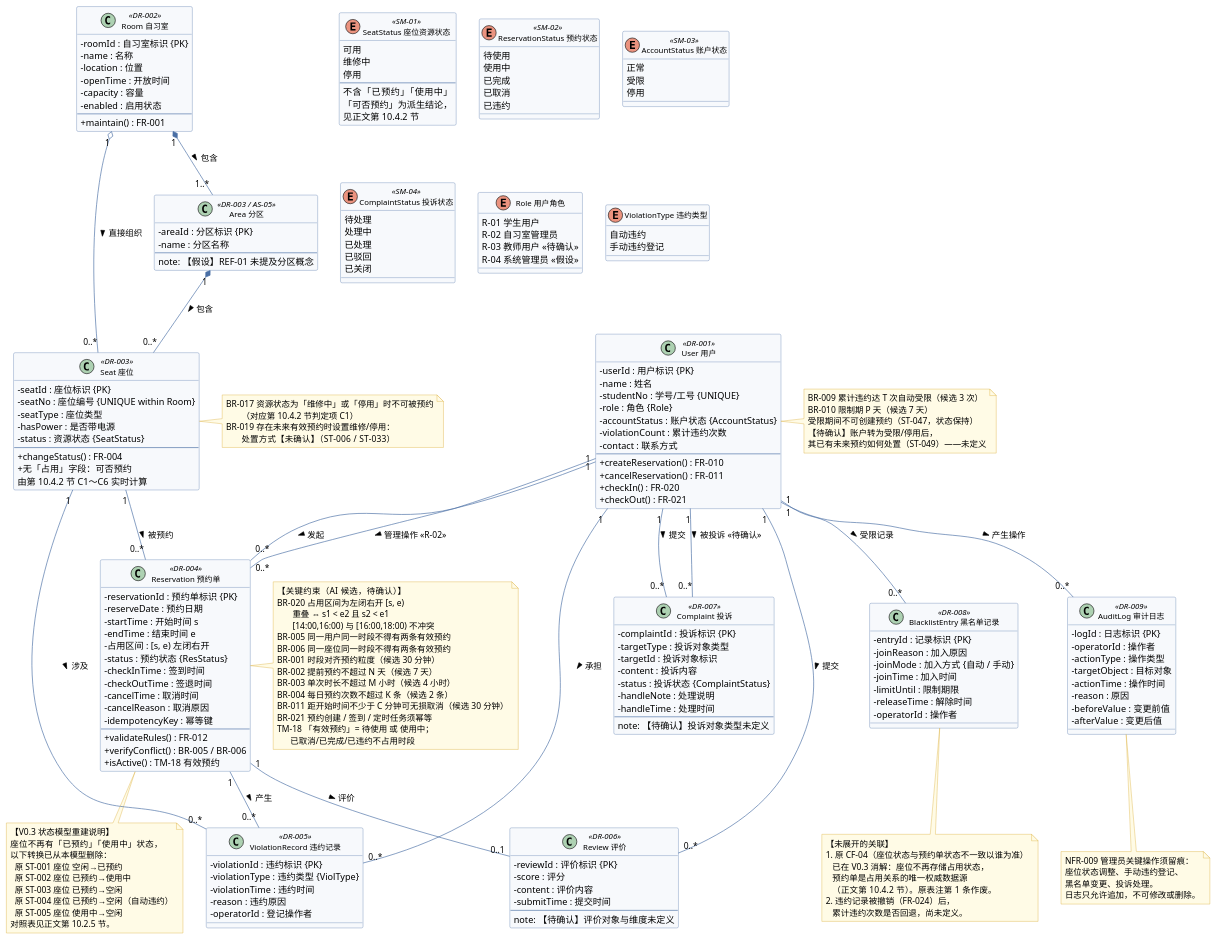
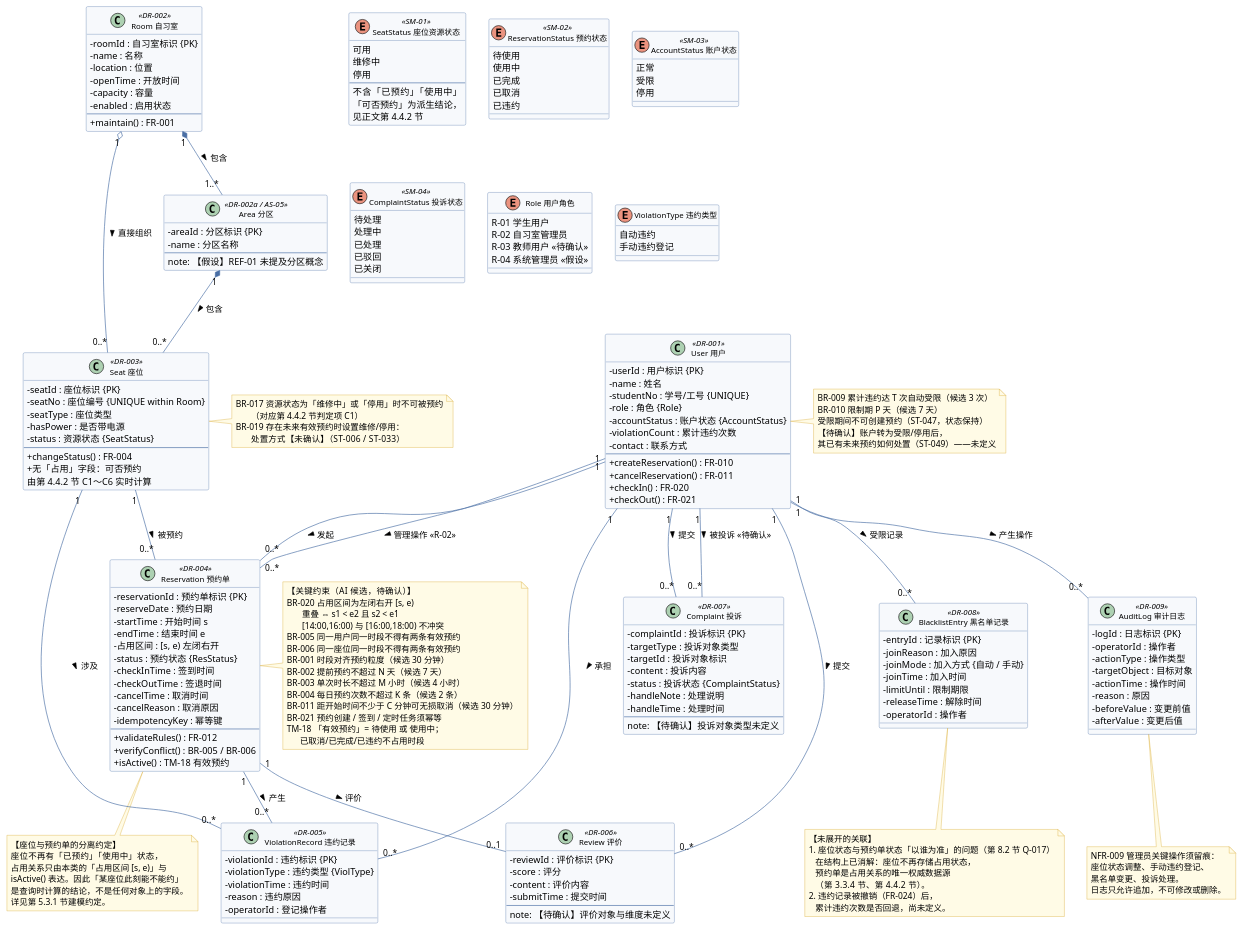
One commit to zuiaihuiliyi-123/smart-study-room-booking-system changed the diagram in models/CD-01-领域类图.puml. Above: the diagram before and after it, drawn with PlantUML. The commit also changed 7 other files, not shown here.

```diff
--- a/models/CD-01-领域类图.puml
+++ b/models/CD-01-领域类图.puml
@@ -3,17 +3,16 @@
 ' 图编号：CD-01
 ' 图名称：智慧自习室预约与管理系统 领域类图
 ' 建模对象：核心业务实体及其关联
-' 关联需求：《智慧自习室预约与管理系统-需求规格说明书.md》
-'           第 7 节数据需求（DR-001~DR-009）、第 10 节状态模型
-' 版本：V0.3     日期：2026-10-15
+' 关联需求：《智慧自习室预约与管理系统-需求规格说明书（课程结构版）.md》
+'           第 3.3 节数据字典（DR-001~DR-009）、第 5 章行为与状态
+' 版本：V1.0（课程结构版）     日期：2026-10-15
 ' ------------------------------------------------------------
 ' 图注（务必与正文一并阅读）：
 '   1. 全部实体、属性名、类型与取值枚举均为【AI 候选】，确认状态「待确认」。
 '   2. REF-01 未提供任何数据字典，本图为【分析推导】的建模结果。
-'   3. 【V0.3 修订】座位状态改为纯资源状态（可用/维修中/停用），
-'      不再含「已预约」「使用中」（正文第 10.0 节 MD-01～MD-03、
-'      第 10.2.5 节）。原方案①的 ST 记录已删除。
-'      「可否预约」不再作图上的状态，改为按第 10.4.2 节实时计算。
+'   3. 座位状态为纯资源状态（可用/维修中/停用），不含「已预约」「使用中」；
+'      「可否预约」不作图上的状态，按第 4.4.2 节 C1～C6 实时计算
+'      （建模约定见第 5.3.1 节）。
 '   4. 「分区」概念来自假设 AS-05，REF-01 未提及。
 '   5. 全部类型长度为占位建议值，未经确认。
 ' ============================================================
@@ -32,7 +31,7 @@
 }
 
 ' ============================================================
-' 一、枚举与状态（与正文第 10 节状态模型一致）
+' 一、枚举与状态（与正文第 5 章行为与状态一致）
 ' ============================================================
 
 enum "SeatStatus 座位资源状态" as SeatStatus <<SM-01>> {
@@ -42,7 +41,7 @@
   --
   不含「已预约」「使用中」
   「可否预约」为派生结论，
-  见正文第 10.4.2 节
+  见正文第 4.4.2 节
 }
 
 enum "ReservationStatus 预约状态" as ResStatus <<SM-02>> {
@@ -109,7 +108,7 @@
   + maintain() : FR-001
 }
 
-class "Area 分区" as Area <<DR-003 / AS-05>> {
+class "Area 分区" as Area <<DR-002a / AS-05>> {
   - areaId : 分区标识 {PK}
   - name : 分区名称
   --
@@ -125,7 +124,7 @@
   --
   + changeStatus() : FR-004
   + 无「占用」字段：可否预约
-    由第 10.4.2 节 C1～C6 实时计算
+    由第 4.4.2 节 C1～C6 实时计算
 }
 
 class "Reservation 预约单" as Reservation <<DR-004>> {
@@ -241,7 +240,7 @@
 
 note right of Seat
   BR-017 资源状态为「维修中」或「停用」时不可被预约
-         （对应第 10.4.2 节判定项 C1）
+         （对应第 4.4.2 节判定项 C1）
   BR-019 存在未来有效预约时设置维修/停用：
          处置方式【未确认】（ST-006 / ST-033）
 end note
@@ -262,29 +261,26 @@
 end note
 
 ' ============================================================
-' 五、未确认事项（与正文附录 A 一致）
+' 五、未确认事项（与第 8.2 节待确认问题清单一致）
 ' ============================================================
 
 note bottom of Blacklist
   【未展开的关联】
-  1. 原 CF-04（座位状态与预约单状态不一致以谁为准）
-     已在 V0.3 消解：座位不再存储占用状态，
+  1. 座位状态与预约单状态「以谁为准」的问题（第 8.2 节 Q-017）
+     在结构上已消解：座位不再存储占用状态，
      预约单是占用关系的唯一权威数据源
-     （正文第 10.4.2 节）。原表注第 1 条作废。
+     （第 3.3.4 节、第 4.4.2 节）。
   2. 违约记录被撤销（FR-024）后，
      累计违约次数是否回退，尚未定义。
 end note
 
 note bottom of Reservation
-  【V0.3 状态模型重建说明】
+  【座位与预约单的分离约定】
   座位不再有「已预约」「使用中」状态，
-  以下转换已从本模型删除：
-    原 ST-001 座位 空闲→已预约
-    原 ST-002 座位 已预约→使用中
-    原 ST-003 座位 已预约→空闲
-    原 ST-004 座位 已预约→空闲（自动违约）
-    原 ST-005 座位 使用中→空闲
-  对照表见正文第 10.2.5 节。
+  占用关系只由本类的「占用区间 [s, e)」与
+  isActive() 表达。因此「某座位此刻能不能约」
+  是查询时计算的结论，不是任何对象上的字段。
+  详见第 5.3.1 节建模约定。
 end note
 
 @enduml
```
